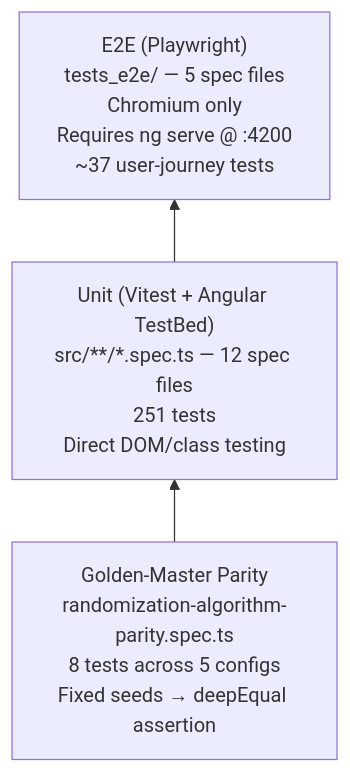
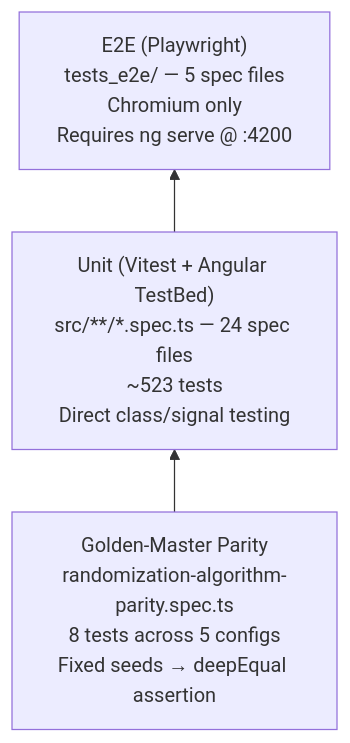
One commit to fderuiter/Equipose changed diagram 16 of 17 in docs/ARCHITECTURE.md. Above: the diagram before and after it, drawn with Mermaid. The commit also changed other lines of this file and 5 other files, not shown here.

First line of the commit message:
fix: review 4084891193 — ARIA radiogroup, label for/id, globalCap validators, validateMarginalOnly guard, NaN validation, name-based levelDetails lookup + ARCHITECTURE.md update

````diff
--- a/docs/ARCHITECTURE.md
+++ b/docs/ARCHITECTURE.md
@@ -842,9 +1099,9 @@
 ```mermaid
 graph BT
-    E2E["E2E (Playwright)\ntests_e2e/ — 5 spec files\nChromium only\nRequires ng serve @ :4200\n~37 user-journey tests"]
-    UNIT["Unit (Vitest + Angular TestBed)\nsrc/**/*.spec.ts — 12 spec files\n251 tests\nDirect DOM/class testing"]
+    E2E["E2E (Playwright)\ntests_e2e/ — 5 spec files\nChromium only\nRequires ng serve @ :4200"]
+    UNIT["Unit (Vitest + Angular TestBed)\nsrc/**/*.spec.ts — 24 spec files\n~523 tests\nDirect class/signal testing"]
     PARITY["Golden-Master Parity\nrandomization-algorithm-parity.spec.ts\n8 tests across 5 configs\nFixed seeds → deepEqual assertion"]
 
     PARITY --> UNIT
     UNIT --> E2E
 ```
````
